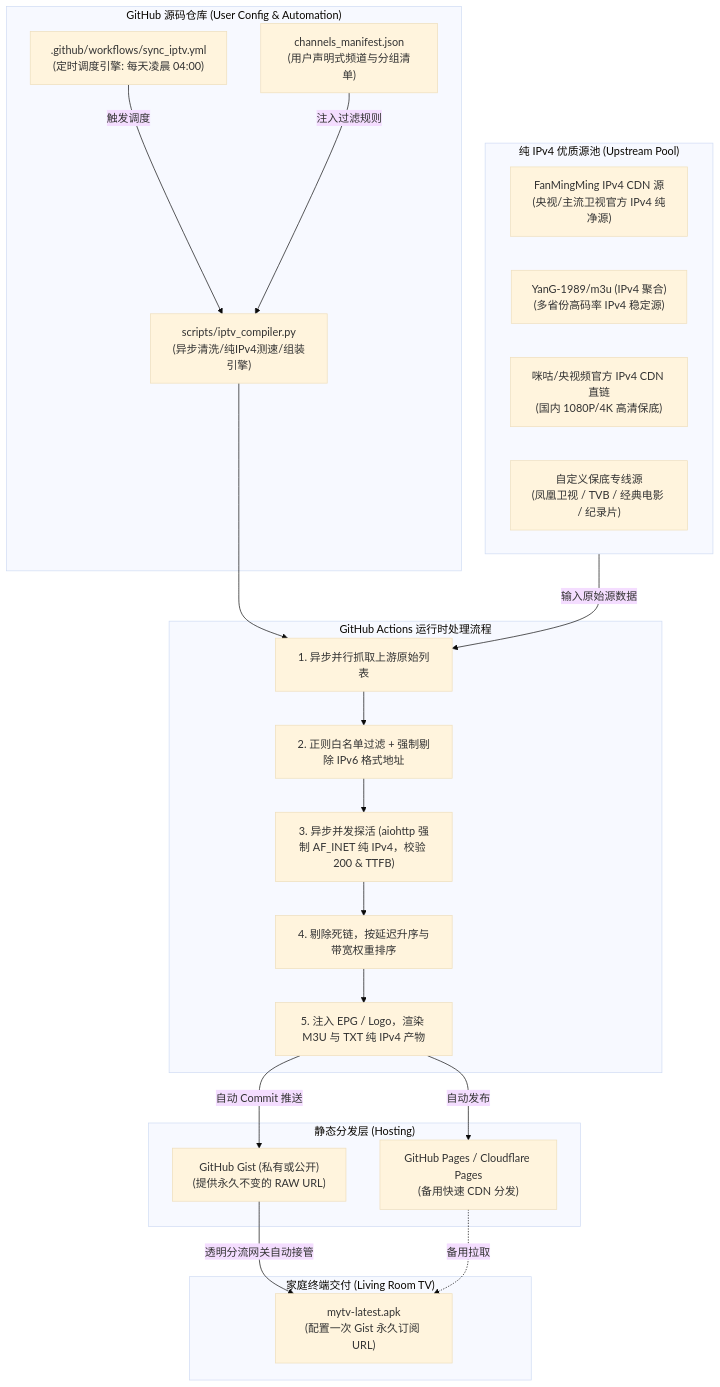
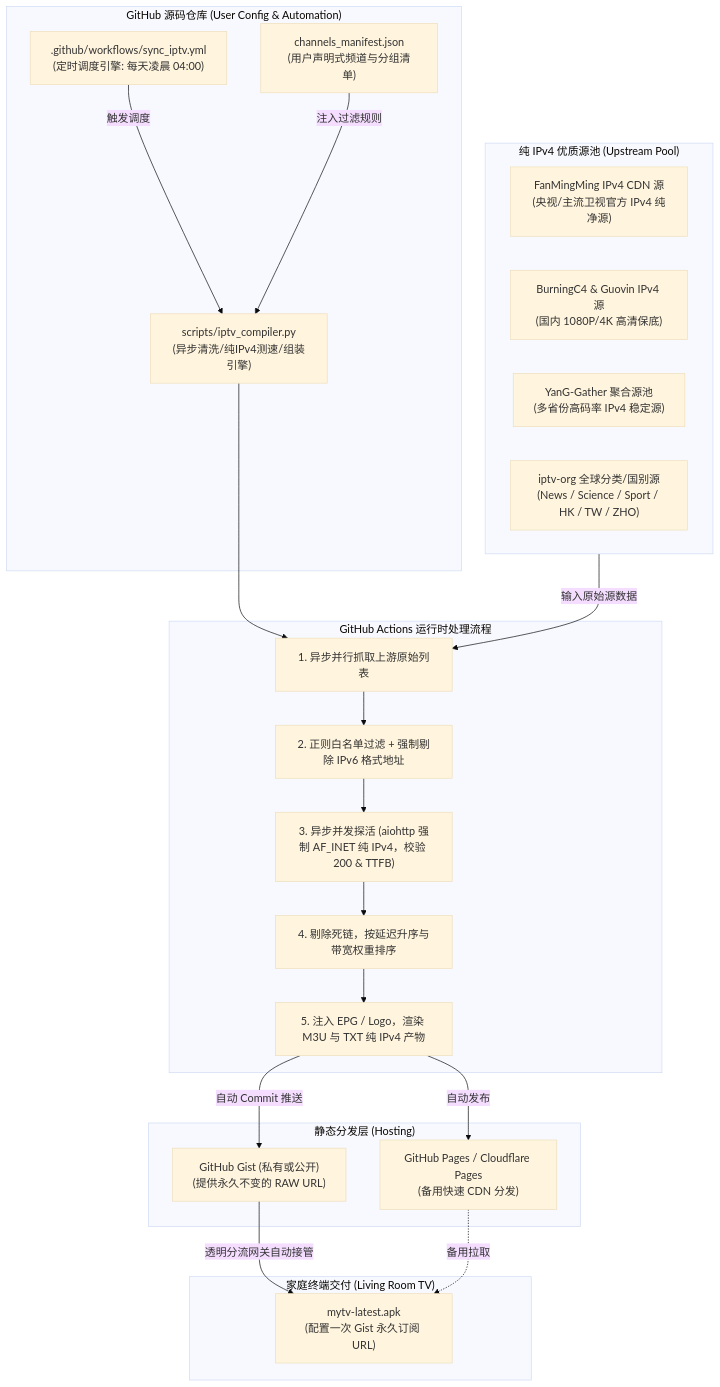
Before and after one commit to TREYWANGCQU/androidTV: the diagram in doc/feat/02_mytv_subscription_scheme.md, drawn with Mermaid (base theme). The commit also changed other lines of this file, not shown here.

````diff
--- a/doc/feat/02_mytv_subscription_scheme.md
+++ b/doc/feat/02_mytv_subscription_scheme.md
@@ -94,41 +94,41 @@
 ```mermaid
 flowchart TD
     subgraph Repo ["GitHub 源码仓库 (User Config & Automation)"]
         Manifest["channels_manifest.json\n(用户声明式频道与分组清单)"]
         Workflow[".github/workflows/sync_iptv.yml\n(定时调度引擎: 每天凌晨 04:00)"]
         ParserPy["scripts/iptv_compiler.py\n(异步清洗/纯IPv4测速/组装引擎)"]
     end
 
     subgraph Upstream ["纯 IPv4 优质源池 (Upstream Pool)"]
         FMM["FanMingMing IPv4 CDN 源\n(央视/主流卫视官方 IPv4 纯净源)"]
-        YANG["YanG-1989/m3u (IPv4 聚合)\n(多省份高码率 IPv4 稳定源)"]
-        MIGU["咪咕/央视频官方 IPv4 CDN 直链\n(国内 1080P/4K 高清保底)"]
-        CUSTOM["自定义保底专线源\n(凤凰卫视 / TVB / 经典电影 / 纪录片)"]
+        C4["BurningC4 & Guovin IPv4 源\n(国内 1080P/4K 高清保底)"]
+        YANG["YanG-Gather 聚合源池\n(多省份高码率 IPv4 稳定源)"]
+        CUSTOM["iptv-org 全球分类/国别源\n(News / Science / Sport / HK / TW / ZHO)"]
     end
 
     subgraph Pipeline ["GitHub Actions 运行时处理流程"]
         Fetch["1. 异步并行抓取上游原始列表"]
         Filter["2. 正则白名单过滤 + 强制剔除 IPv6 格式地址"]
         Probe["3. 异步并发探活 (aiohttp 强制 AF_INET 纯 IPv4，校验 200 & TTFB)"]
         Rank["4. 剔除死链，按延迟升序与带宽权重排序"]
         Format["5. 注入 EPG / Logo，渲染 M3U 与 TXT 纯 IPv4 产物"]
     end
 
     subgraph Deploy ["静态分发层 (Hosting)"]
         Gist["GitHub Gist (私有或公开)\n(提供永久不变的 RAW URL)"]
         Pages["GitHub Pages / Cloudflare Pages\n(备用快速 CDN 分发)"]
     end
 
     subgraph Client ["家庭终端交付 (Living Room TV)"]
         mytv["mytv-latest.apk\n(配置一次 Gist 永久订阅 URL)"]
     end
 
     Workflow -->|触发调度| ParserPy
     Manifest -->|注入过滤规则| ParserPy
     Upstream -->|输入原始源数据| Fetch
     ParserPy --> Fetch --> Filter --> Probe --> Rank --> Format
     Format -->|自动 Commit 推送| Gist
     Format -->|自动发布| Pages
     Gist -->|透明分流网关自动接管| mytv
     Pages -.->|备用拉取| mytv
 ```
````
